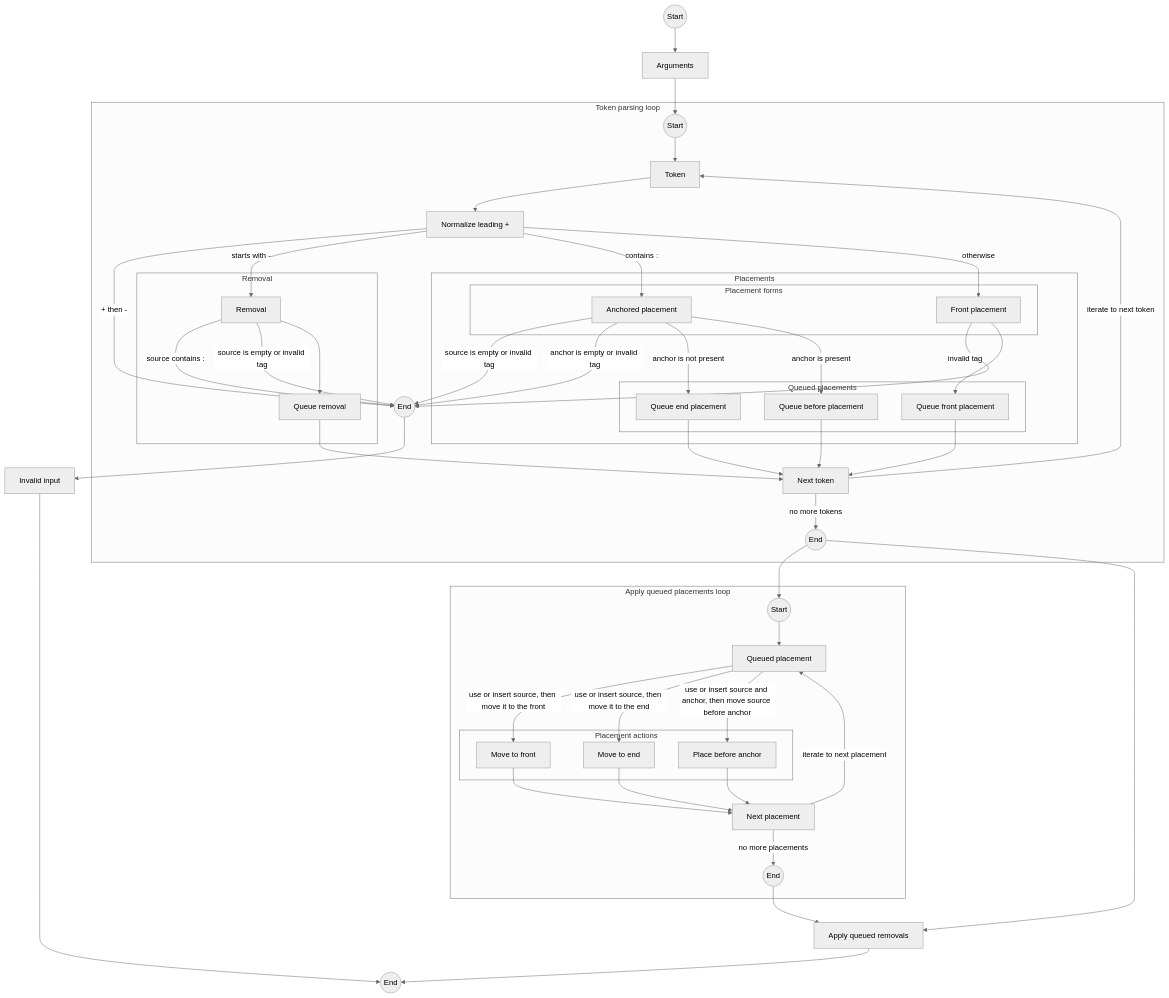
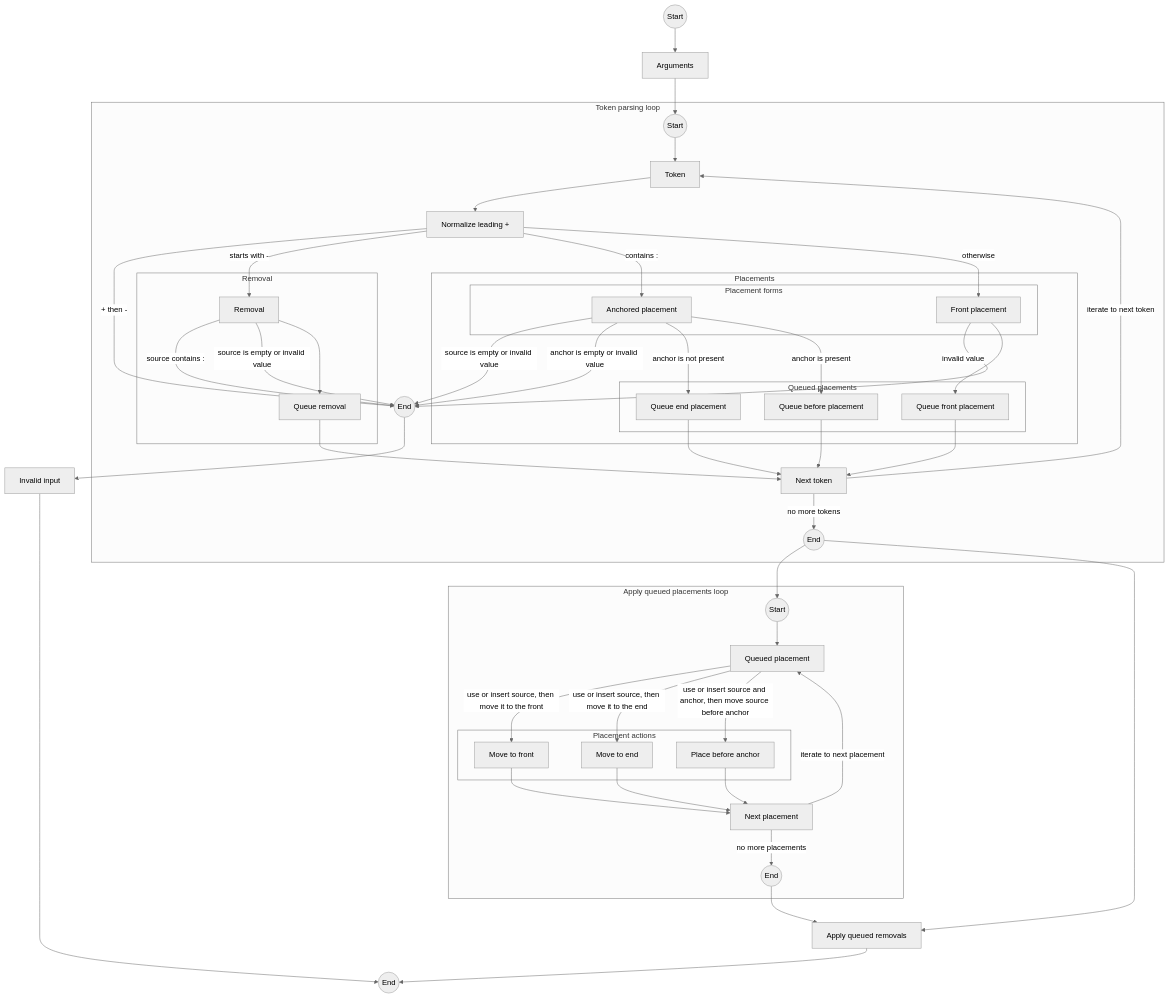
The diagram in docs/macos-language-manager.md (Glutexo/macos-language-manager), drawn with Mermaid (neutral theme) before and after one commit. The commit also changed other lines of this file and 7 other files, not shown here.

````diff
--- a/docs/macos-language-manager.md
+++ b/docs/macos-language-manager.md
@@ -228,82 +228,82 @@
 ```mermaid
 flowchart TD
     Start((Start)) --> Arguments[Arguments]
     Arguments --> TokenLoopStart
 
     subgraph TokenParsing["Token parsing loop"]
         TokenLoopStart((Start)) --> Token[Token]
         Token[Token] --> LeadingPlus[Normalize leading +]
 
         subgraph RemovalFlow["Removal"]
             Removal[Removal]
             QueueRemoval[Queue removal]
         end
 
         subgraph PlacementFlow["Placements"]
             subgraph PlacementForms["Placement forms"]
                 AnchoredPlacement[Anchored placement]
                 FrontPlacement[Front placement]
             end
 
             subgraph QueuedPlacements["Queued placements"]
             QueueFront[Queue front placement]
             QueueBefore[Queue before placement]
             QueueEnd[Queue end placement]
             end
         end
 
         LeadingPlus -- + then - --> TokenLoopInvalidEnd((End))
         LeadingPlus -- starts with - --> Removal
         LeadingPlus -- contains : --> AnchoredPlacement
         LeadingPlus -- otherwise --> FrontPlacement
 
         Removal -- source contains : --> TokenLoopInvalidEnd
-        Removal -- source is empty or invalid tag --> TokenLoopInvalidEnd
+        Removal -- source is empty or invalid value --> TokenLoopInvalidEnd
         Removal --> QueueRemoval
 
-        AnchoredPlacement -- source is empty or invalid tag --> TokenLoopInvalidEnd
-        AnchoredPlacement -- anchor is empty or invalid tag --> TokenLoopInvalidEnd
+        AnchoredPlacement -- source is empty or invalid value --> TokenLoopInvalidEnd
+        AnchoredPlacement -- anchor is empty or invalid value --> TokenLoopInvalidEnd
         AnchoredPlacement -- anchor is not present --> QueueEnd
         AnchoredPlacement -- anchor is present --> QueueBefore
 
-        FrontPlacement -- invalid tag --> TokenLoopInvalidEnd
+        FrontPlacement -- invalid value --> TokenLoopInvalidEnd
         FrontPlacement --> QueueFront
 
         QueueRemoval --> NextToken[Next token]
         QueueFront --> NextToken
         QueueBefore --> NextToken
         QueueEnd --> NextToken
 
         NextToken -- iterate to next token --> Token
         NextToken -- no more tokens --> TokenLoopDoneEnd((End))
     end
 
     TokenLoopInvalidEnd --> InvalidInput[Invalid input]
     InvalidInput --> End((End))
 
     TokenLoopDoneEnd --> PlacementLoopStart
     TokenLoopDoneEnd --> ApplyRemovals[Apply queued removals]
 
     subgraph PlacementLoop["Apply queued placements loop"]
         PlacementLoopStart((Start)) --> Placement[Queued placement]
 
         subgraph PlacementActions["Placement actions"]
             MoveToFront[Move to front]
             MoveToEnd[Move to end]
             PlaceBeforeAnchor[Place before anchor]
         end
 
         Placement -- use or insert source, then move it to the front --> MoveToFront
         Placement -- use or insert source, then move it to the end --> MoveToEnd
         Placement -- use or insert source and anchor, then move source before anchor --> PlaceBeforeAnchor
 
         MoveToFront --> NextPlacement[Next placement]
         MoveToEnd --> NextPlacement
         PlaceBeforeAnchor --> NextPlacement
         NextPlacement -- iterate to next placement --> Placement
         NextPlacement -- no more placements --> PlacementLoopEnd((End))
     end
 
     PlacementLoopEnd --> ApplyRemovals
     ApplyRemovals --> End
 ```
````
